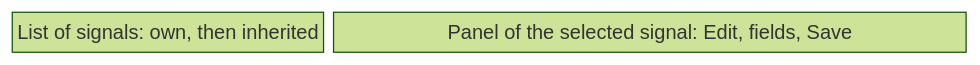
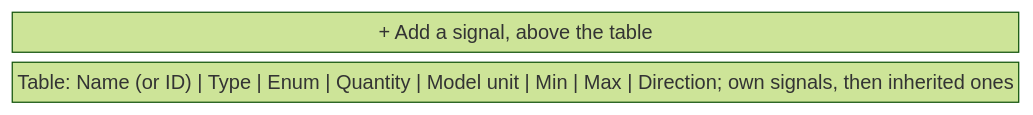
One commit to AlexandreGallais/synoptic-studio-spec changed the fifth of 13 diagrams in screens/metadata.md. Above: the diagram before and after it, drawn with Mermaid (forest theme). The commit also changed other lines of this file and 12 other files, not shown here.

First line of the commit message:
docs(spec): fix type parent and move signals and commands to tables

````diff
--- a/screens/metadata.md
+++ b/screens/metadata.md
@@ -151,5 +155,6 @@
 ```mermaid
 block-beta
-    columns 3
-    list["List of signals: own, then inherited"] panel["Panel of the selected signal: Edit, fields, Save"]:2
+    columns 1
+    add["+ Add a signal, above the table"]
+    table["Table: Name (or ID) | Type | Enum | Quantity | Model unit | Min | Max | Direction; own signals, then inherited ones"]
 ```
````
